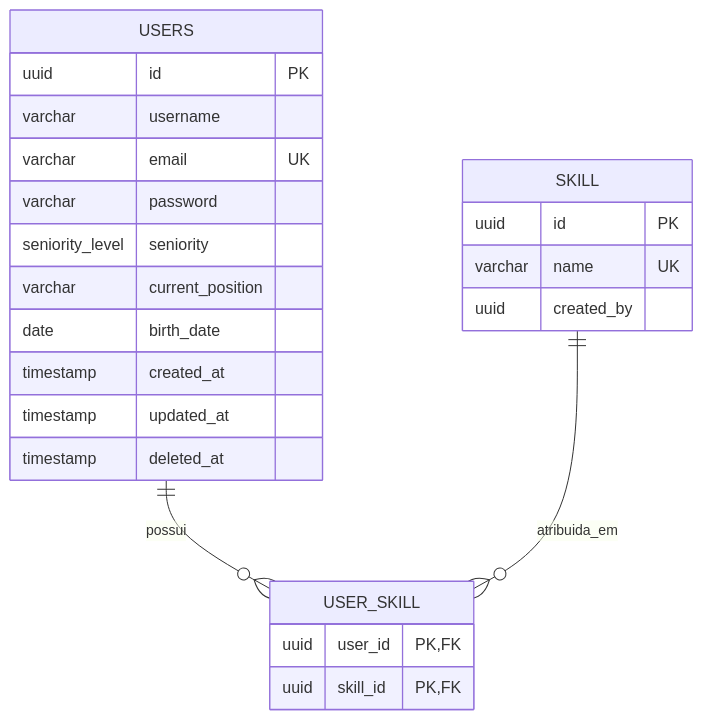
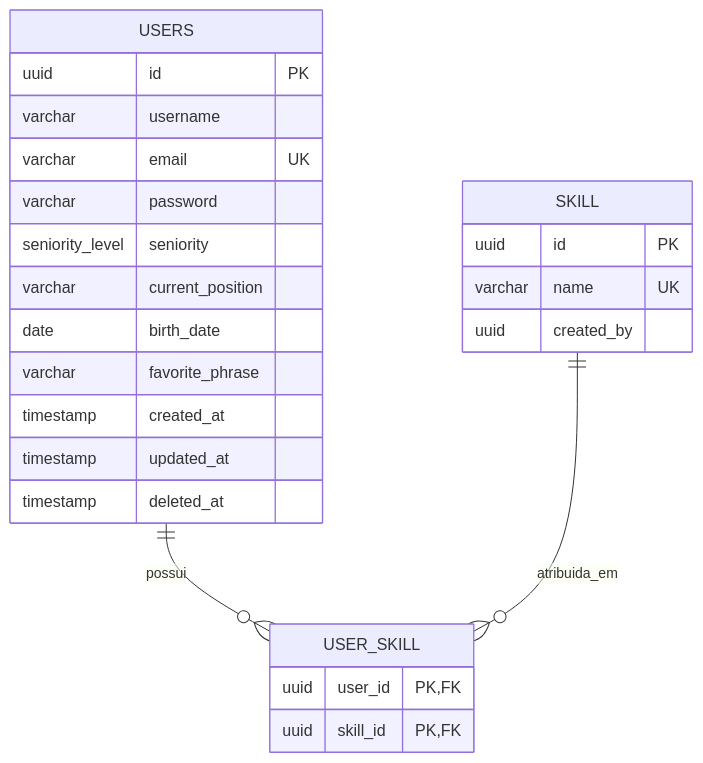
Before and after one commit to M12gthb/anthem_api_backend: the diagram in README.md, drawn with Mermaid. The commit also changed other lines of this file, not shown here.

````diff
--- a/README.md
+++ b/README.md
@@ -506,26 +577,27 @@
 ```mermaid
 erDiagram
   USERS ||--o{ USER_SKILL : possui
   SKILL ||--o{ USER_SKILL : atribuida_em
   USERS {
     uuid id PK
     varchar username
     varchar email UK
     varchar password
     seniority_level seniority
     varchar current_position
     date birth_date
+    varchar favorite_phrase
     timestamp created_at
     timestamp updated_at
     timestamp deleted_at
   }
   SKILL {
     uuid id PK
     varchar name UK
     uuid created_by
   }
   USER_SKILL {
     uuid user_id PK, FK
     uuid skill_id PK, FK
   }
 ```
````
